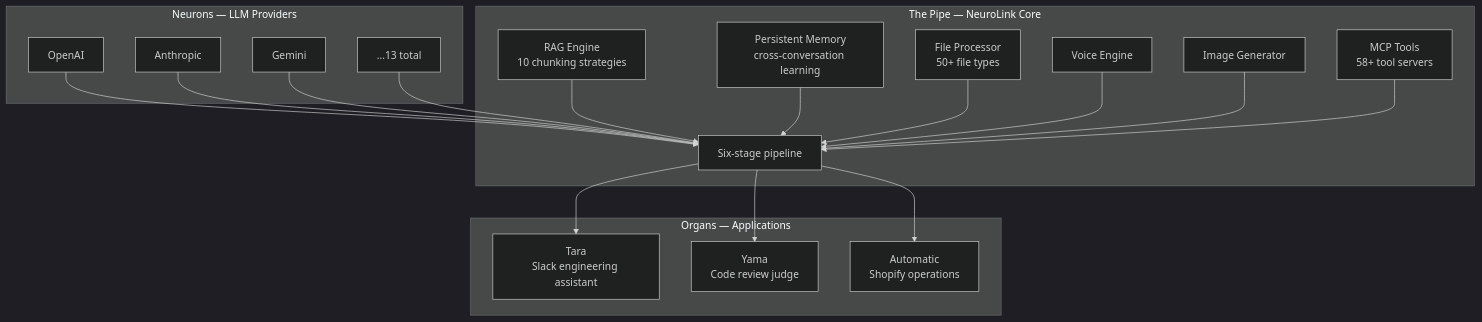
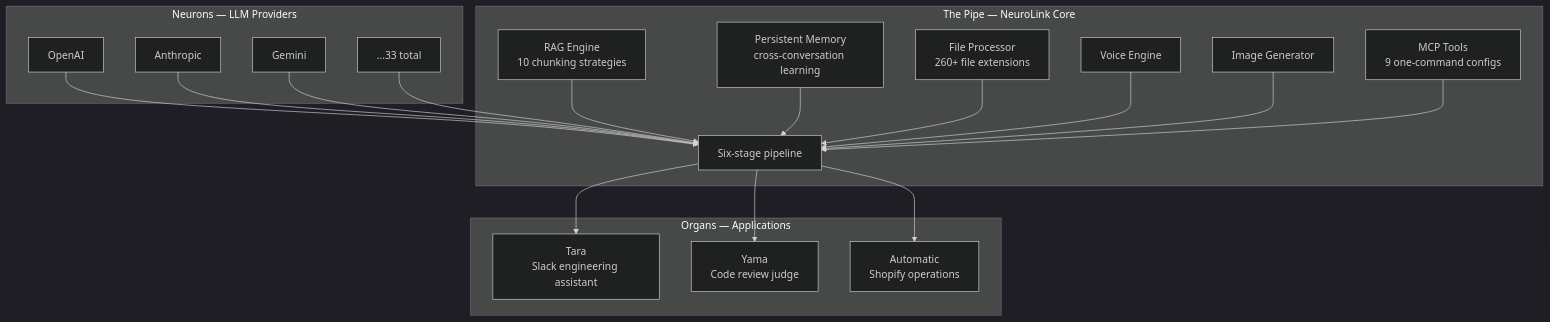
One commit to juspay/neurolink-blog changed the third of 4 diagrams in _posts/2026-03-14-ai-nervous-system-architecture.md. Above: the diagram before and after it, drawn with Mermaid (dark theme). The commit also changed other lines of this file and 172 other files, not shown here.

````diff
--- a/_posts/2026-03-14-ai-nervous-system-architecture.md
+++ b/_posts/2026-03-14-ai-nervous-system-architecture.md
@@ -239,39 +239,39 @@
 ```mermaid
 graph TB
     subgraph "Neurons — LLM Providers"
         N1["OpenAI"]
         N2["Anthropic"]
         N3["Gemini"]
-        N4["...13 total"]
+        N4["...33 total"]
     end
 
     subgraph "The Pipe — NeuroLink Core"
         PIPE["Six-stage pipeline"]
         RAG["RAG Engine<br/>10 chunking strategies"]
         MEM["Persistent Memory<br/>cross-conversation learning"]
-        FILE["File Processor<br/>50+ file types"]
+        FILE["File Processor<br/>260+ file extensions"]
         TTS["Voice Engine"]
         IMG["Image Generator"]
-        MCP["MCP Tools<br/>58+ tool servers"]
+        MCP["MCP Tools<br/>9 one-command configs"]
     end
 
     subgraph "Organs — Applications"
         TARA["Tara<br/>Slack engineering assistant"]
         YAMA["Yama<br/>Code review judge"]
         AUTO["Automatic<br/>Shopify operations"]
     end
 
     N1 --> PIPE
     N2 --> PIPE
     N3 --> PIPE
     N4 --> PIPE
     RAG --> PIPE
     MEM --> PIPE
     FILE --> PIPE
     TTS --> PIPE
     IMG --> PIPE
     MCP --> PIPE
     PIPE --> TARA
     PIPE --> YAMA
     PIPE --> AUTO
 ```
````
